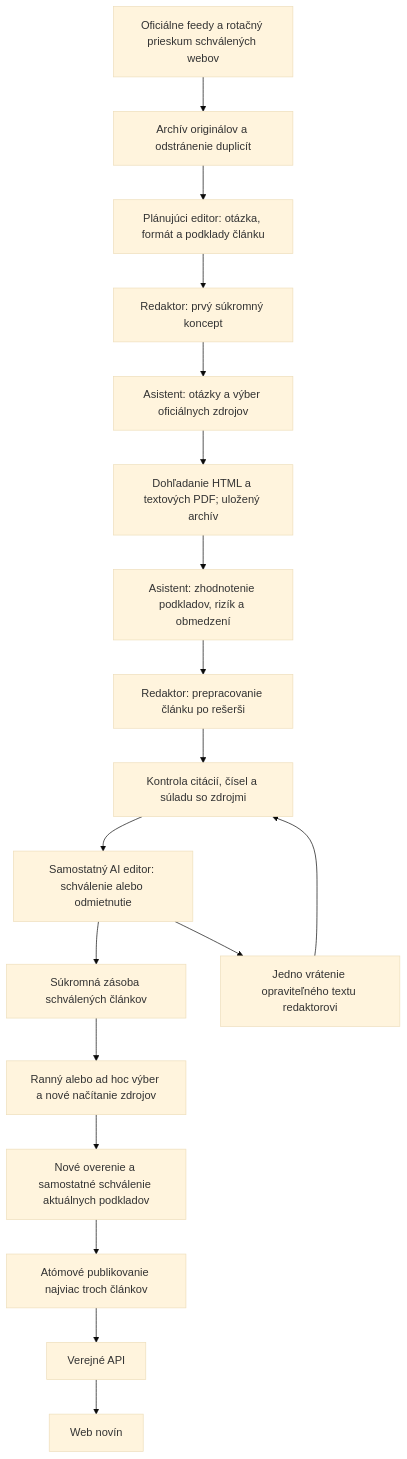
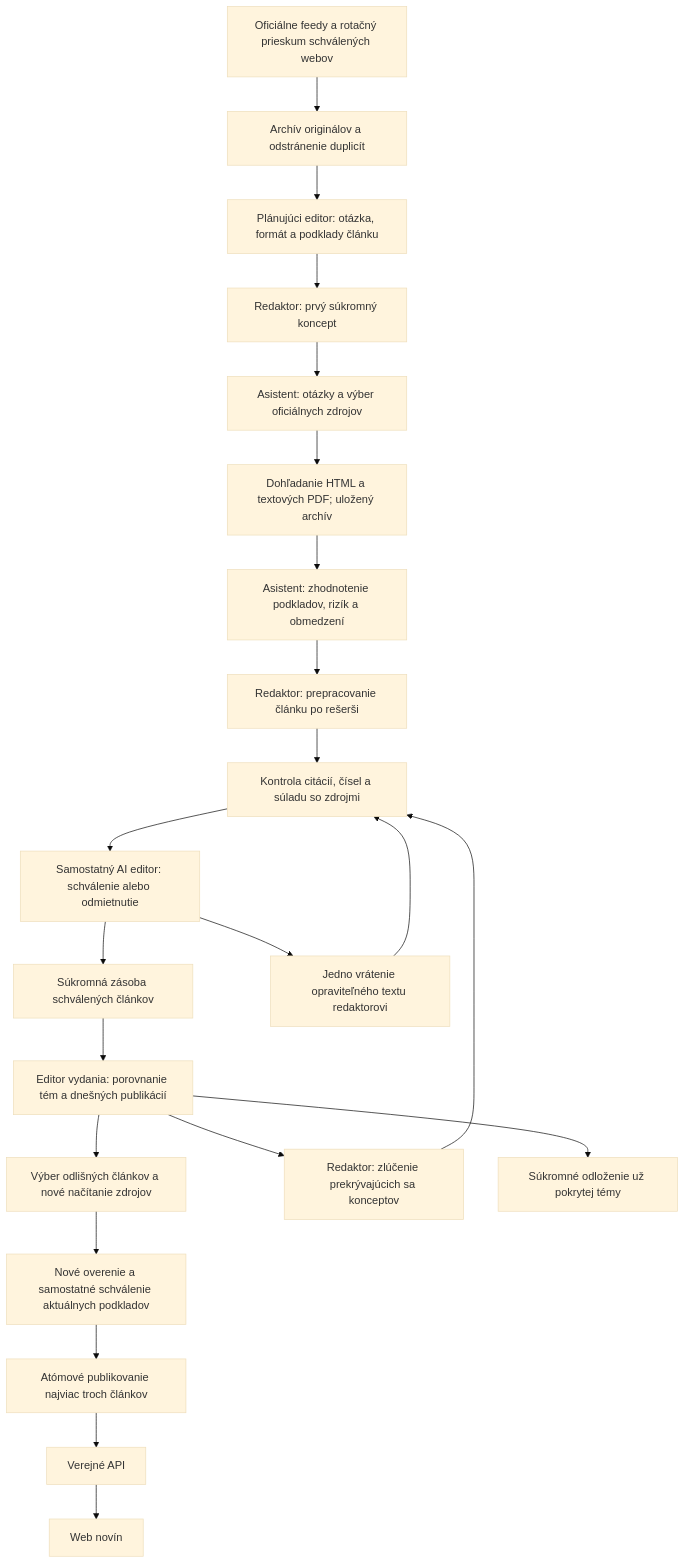
One commit to MartinHBA/ainoviny changed the diagram in README.md. Above: the diagram before and after it, drawn with Mermaid (base theme). The commit also changed other lines of this file and 15 other files, not shown here.

````diff
--- a/README.md
+++ b/README.md
@@ -9,20 +9,24 @@
 ```mermaid
 flowchart TD
     S[Oficiálne feedy a rotačný prieskum schválených webov] --> C[Archív originálov a odstránenie duplicít]
     C --> R[Plánujúci editor: otázka, formát a podklady článku]
     R --> D[Redaktor: prvý súkromný koncept]
     D --> P[Asistent: otázky a výber oficiálnych zdrojov]
     P --> H[Dohľadanie HTML a textových PDF; uložený archív]
     H --> A[Asistent: zhodnotenie podkladov, rizík a obmedzení]
     A --> W[Redaktor: prepracovanie článku po rešerši]
     W --> V[Kontrola citácií, čísel a súladu so zdrojmi]
     V --> E[Samostatný AI editor: schválenie alebo odmietnutie]
     E --> Z[Súkromná zásoba schválených článkov]
     E --> O[Jedno vrátenie opraviteľného textu redaktorovi]
     O --> V
-    Z --> K[Ranný alebo ad hoc výber a nové načítanie zdrojov]
+    Z --> B[Editor vydania: porovnanie tém a dnešných publikácií]
+    B --> K[Výber odlišných článkov a nové načítanie zdrojov]
+    B --> M[Redaktor: zlúčenie prekrývajúcich sa konceptov]
+    M --> V
+    B --> Q[Súkromné odloženie už pokrytej témy]
     K --> J[Nové overenie a samostatné schválenie aktuálnych podkladov]
     J --> T[Atómové publikovanie najviac troch článkov]
     T --> API[Verejné API]
     API --> F[Web novín]
 ```
````
